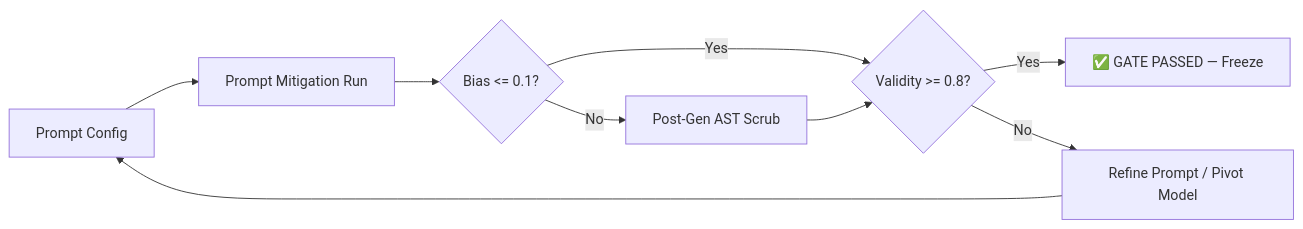
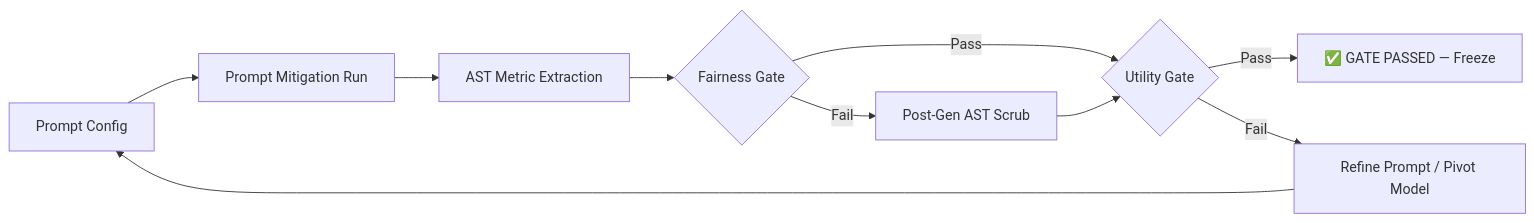
Before and after one commit to dhruba-datta/CodeAudit-X: the diagram in Codes/mitigation/README.md, drawn with Mermaid. The commit also changed other lines of this file and 4 other files, not shown here.

````diff
--- a/Codes/mitigation/README.md
+++ b/Codes/mitigation/README.md
@@ -7,11 +7,12 @@
 ```mermaid
 graph LR
     A[Prompt Config] --> B[Prompt Mitigation Run]
-    B --> C{Bias <= 0.1?}
-    C -->|Yes| D{Validity >= 0.8?}
-    C -->|No| E[Post-Gen AST Scrub]
-    E --> D
-    D -->|Yes| F[✅ GATE PASSED — Freeze]
-    D -->|No| G[Refine Prompt / Pivot Model]
-    G --> A
+    B --> C[AST Metric Extraction]
+    C --> D{Fairness Gate}
+    D -->|Pass| E{Utility Gate}
+    D -->|Fail| F[Post-Gen AST Scrub]
+    F --> E
+    E -->|Pass| G["✅ GATE PASSED — Freeze"]
+    E -->|Fail| H[Refine Prompt / Pivot Model]
+    H --> A
 ```
````
